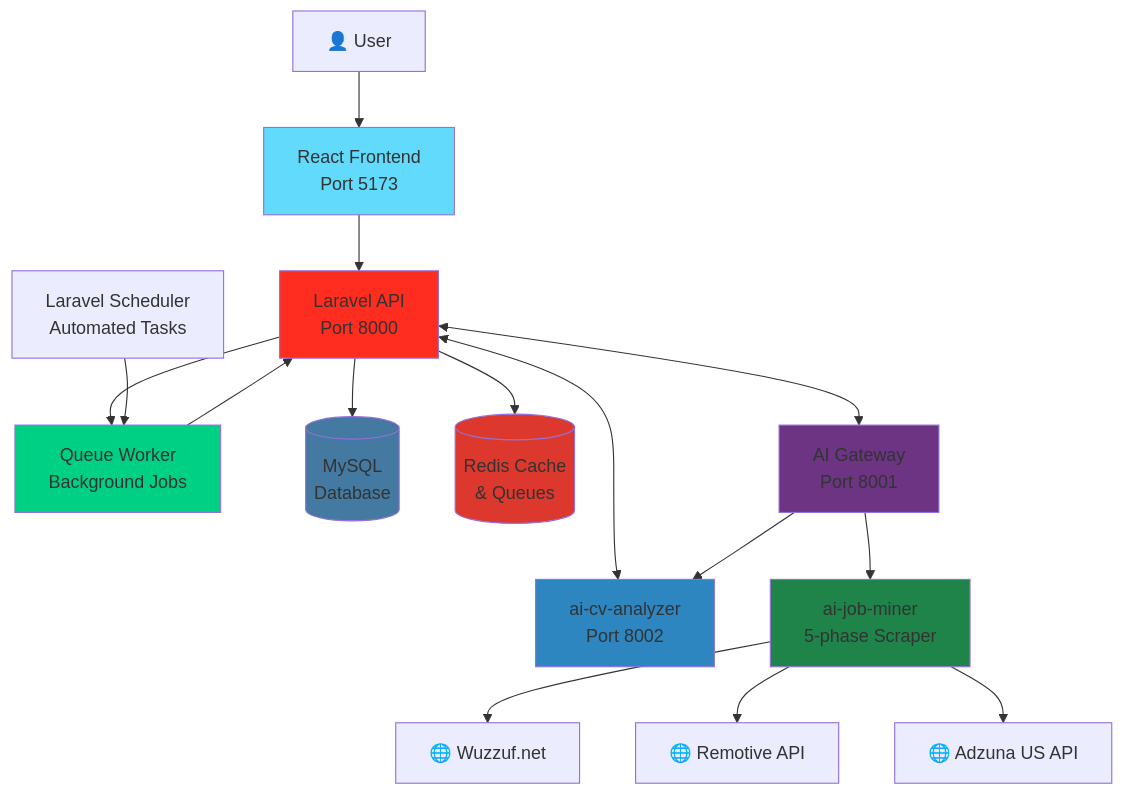
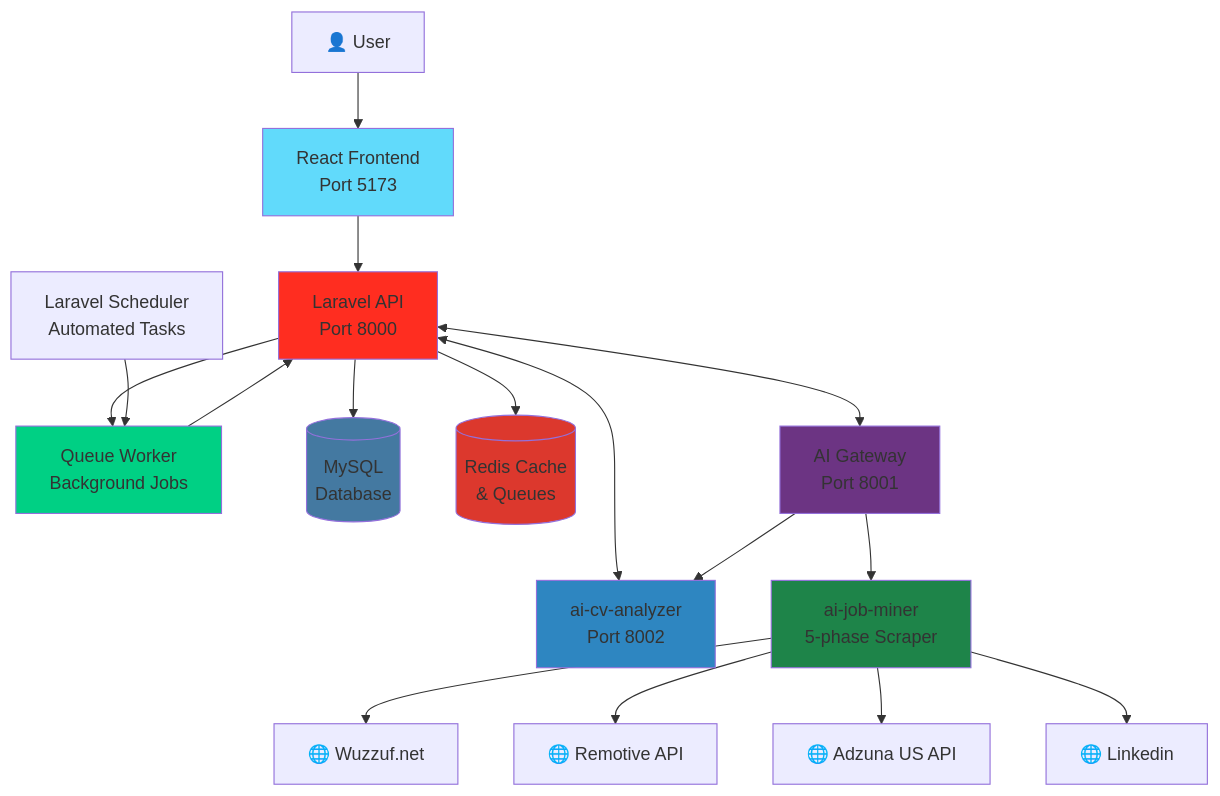
The first of 7 diagrams in README.md (YousefAlTohamy/CareerCompass), drawn with Mermaid before and after one commit. The commit also changed other lines of this file and 5 other files, not shown here.

````diff
--- a/README.md
+++ b/README.md
@@ -39,26 +39,27 @@
 ```mermaid
 graph TB
     User[👤 User] --> Frontend[React Frontend<br/>Port 5173]
     Frontend --> Laravel[Laravel API<br/>Port 8000]
     Laravel --> Queue[Queue Worker<br/>Background Jobs]
     Laravel --> MySQL[(MySQL<br/>Database)]
     Laravel --> Redis[(Redis Cache<br/>& Queues)]
     Laravel <--> Gateway[AI Gateway<br/>Port 8001]
     Laravel <--> CVAnalyzer[ai-cv-analyzer<br/>Port 8002]
     Gateway --> JobMiner[ai-job-miner<br/>5-phase Scraper]
     Gateway --> CVAnalyzer
     JobMiner --> Wuzzuf[🌐 Wuzzuf.net]
     JobMiner --> Remotive[🌐 Remotive API]
     JobMiner --> Adzuna[🌐 Adzuna US API]
+    JobMiner --> Linkedin[🌐 Linkedin]
     Queue --> Laravel
     Scheduler[Laravel Scheduler<br/>Automated Tasks] --> Queue
 
     style Frontend fill:#61dafb
     style Laravel fill:#ff2d20
     style Gateway fill:#6c3483
     style CVAnalyzer fill:#2e86c1
     style JobMiner fill:#1e8449
     style MySQL fill:#4479a1
     style Redis fill:#dc382d
     style Queue fill:#00d084
 ```
````
